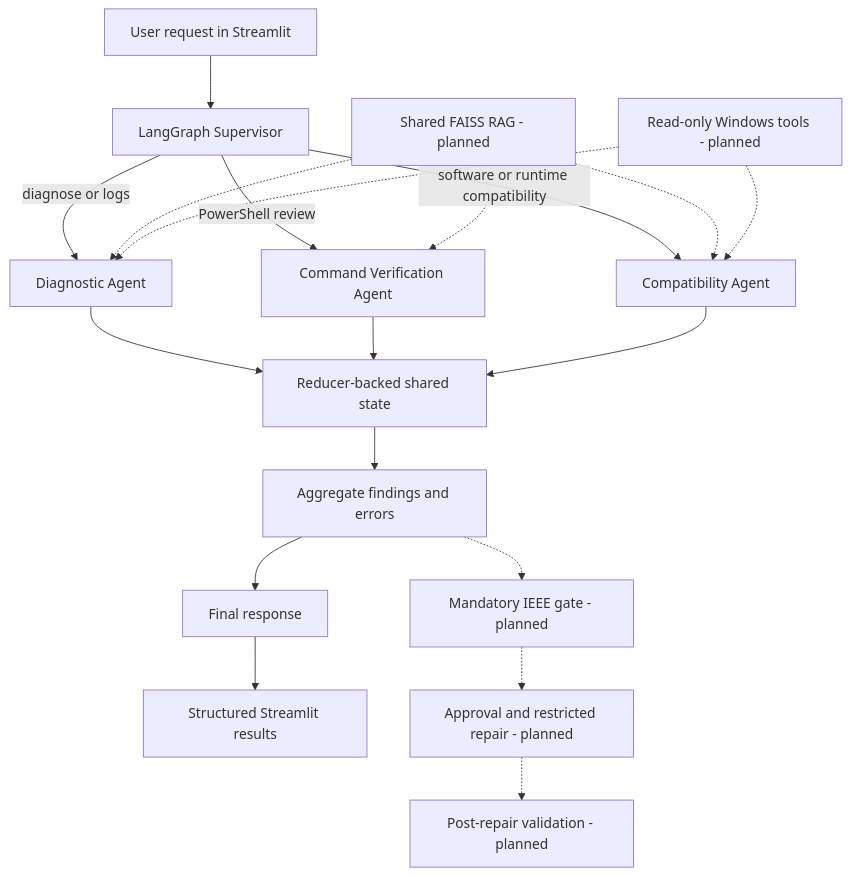
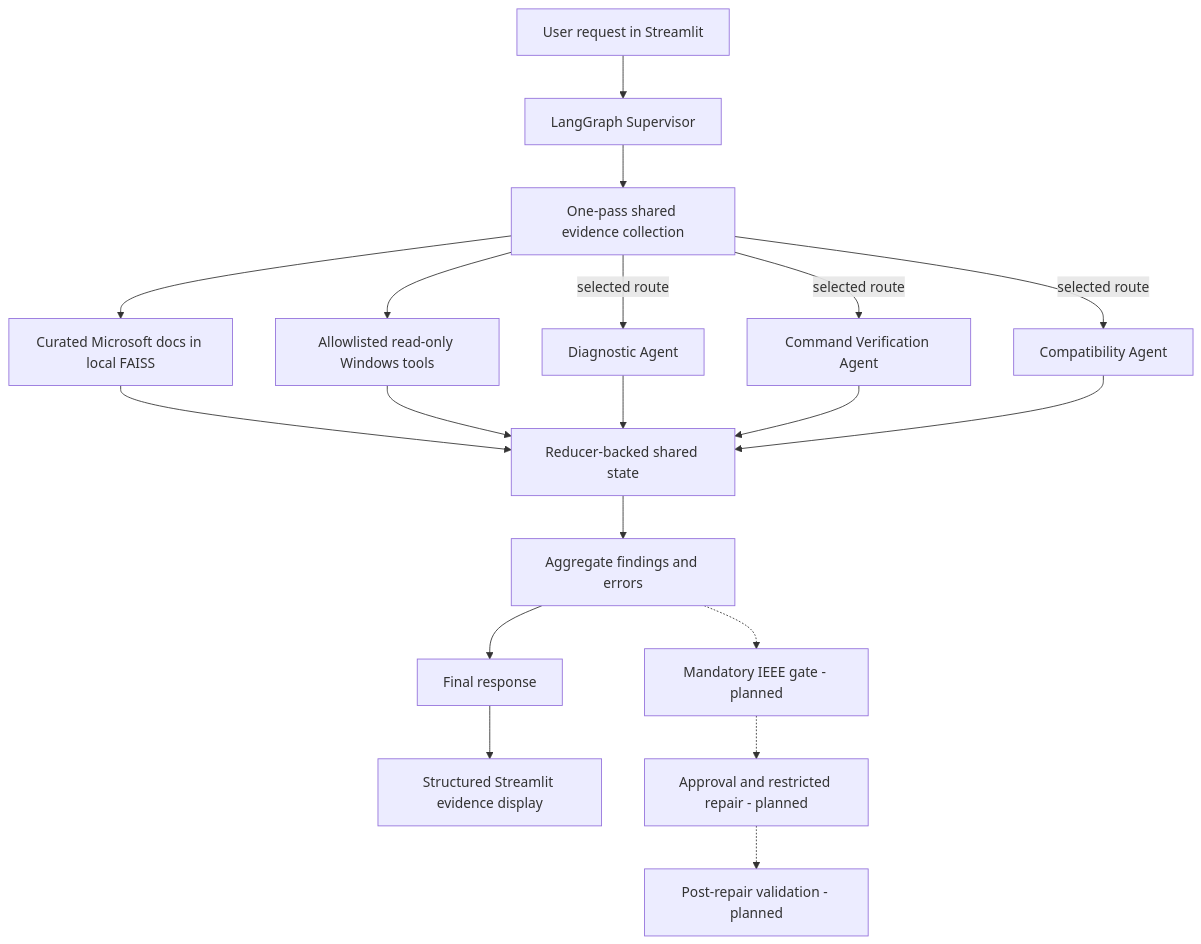
The diagram in docs/ARCHITECTURE.md (Vageesh686/osguard-ai), drawn with Mermaid before and after one commit. The commit also changed other lines of this file and 29 other files, not shown here.

````diff
--- a/docs/ARCHITECTURE.md
+++ b/docs/ARCHITECTURE.md
@@ -10,21 +10,21 @@
 ```mermaid
 flowchart TD
     U[User request in Streamlit] --> S[LangGraph Supervisor]
-    S -->|diagnose or logs| D[Diagnostic Agent]
-    S -->|PowerShell review| C[Command Verification Agent]
-    S -->|software or runtime compatibility| K[Compatibility Agent]
-    D --> M[Reducer-backed shared state]
-    C --> M
-    K --> M
-    M --> A[Aggregate findings and errors]
+    S --> E[One-pass shared evidence collection]
+    E --> R[Curated Microsoft docs in local FAISS]
+    E --> T[Allowlisted read-only Windows tools]
+    R --> X[Reducer-backed shared state]
+    T --> X
+    E -->|selected route| D[Diagnostic Agent]
+    E -->|selected route| C[Command Verification Agent]
+    E -->|selected route| K[Compatibility Agent]
+    D --> X
+    C --> X
+    K --> X
+    X --> A[Aggregate findings and errors]
     A --> F[Final response]
-    F --> UI[Structured Streamlit results]
-    RAG[Shared FAISS RAG - planned] -.-> D
-    RAG -.-> C
-    RAG -.-> K
-    T[Read-only Windows tools - planned] -.-> D
-    T -.-> K
+    F --> UI[Structured Streamlit evidence display]
     A -.-> IEEE[Mandatory IEEE gate - planned]
     IEEE -.-> AP[Approval and restricted repair - planned]
     AP -.-> V[Post-repair validation - planned]
 ```
````
